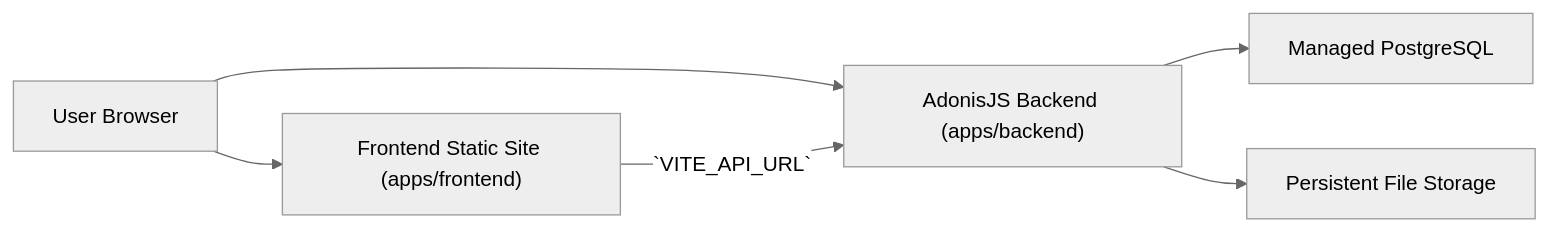
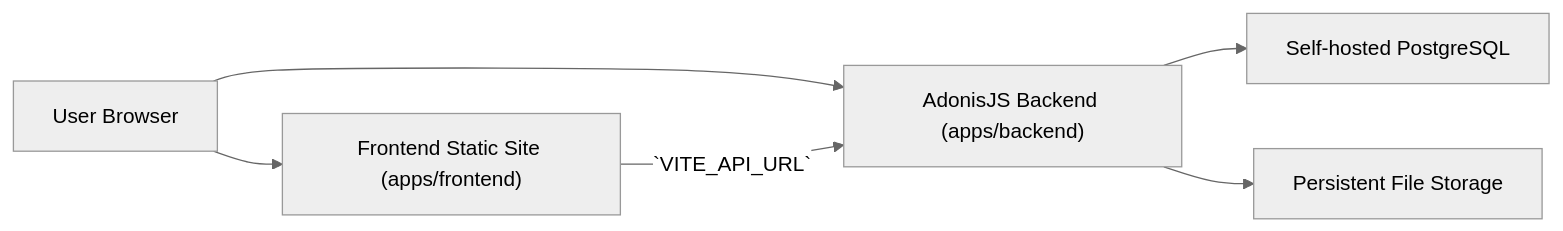
Before and after one commit to stctheproducer/open-submission-approval-workflow: the diagram in README.md, drawn with Mermaid (neutral theme). The commit also changed other lines of this file and 10 other files, not shown here.

````diff
--- a/README.md
+++ b/README.md
@@ -62,8 +62,8 @@
 ```mermaid
 flowchart LR
   U["User Browser"] --> FE["Frontend Static Site (apps/frontend)"]
   U["User Browser"] --> BE["AdonisJS Backend (apps/backend)"]
   FE -->|`VITE_API_URL`| BE
-  BE --> DB["Managed PostgreSQL"]
+  BE --> DB["Self-hosted PostgreSQL"]
   BE --> FS["Persistent File Storage"]
 ```
````
